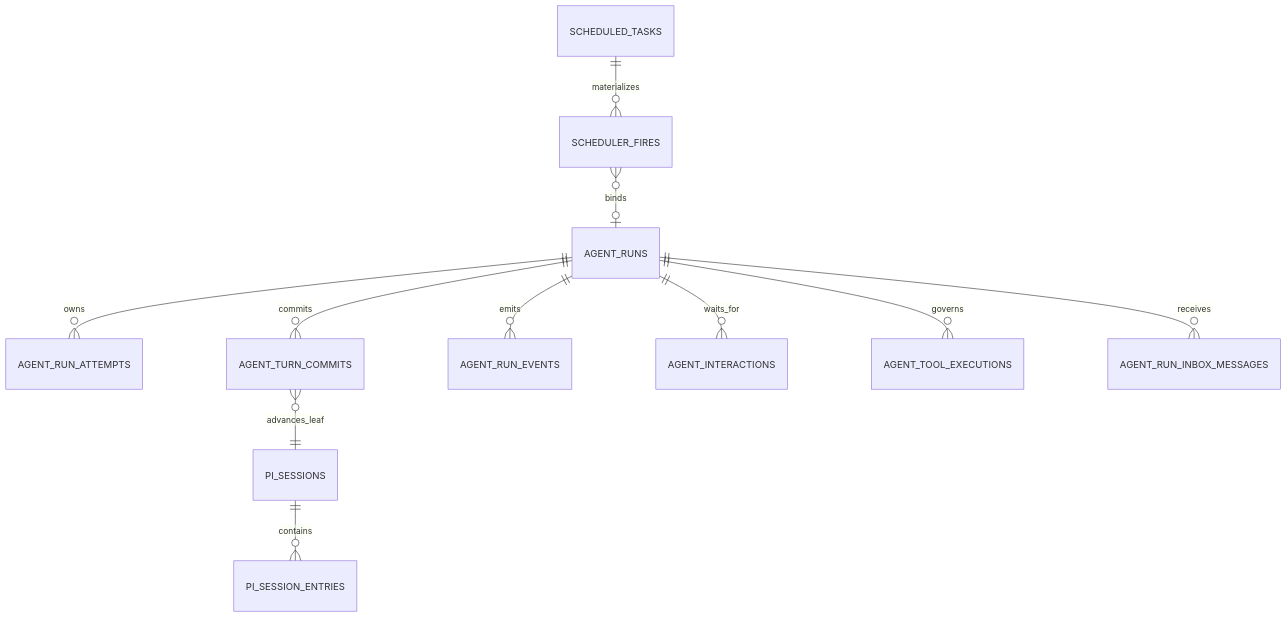
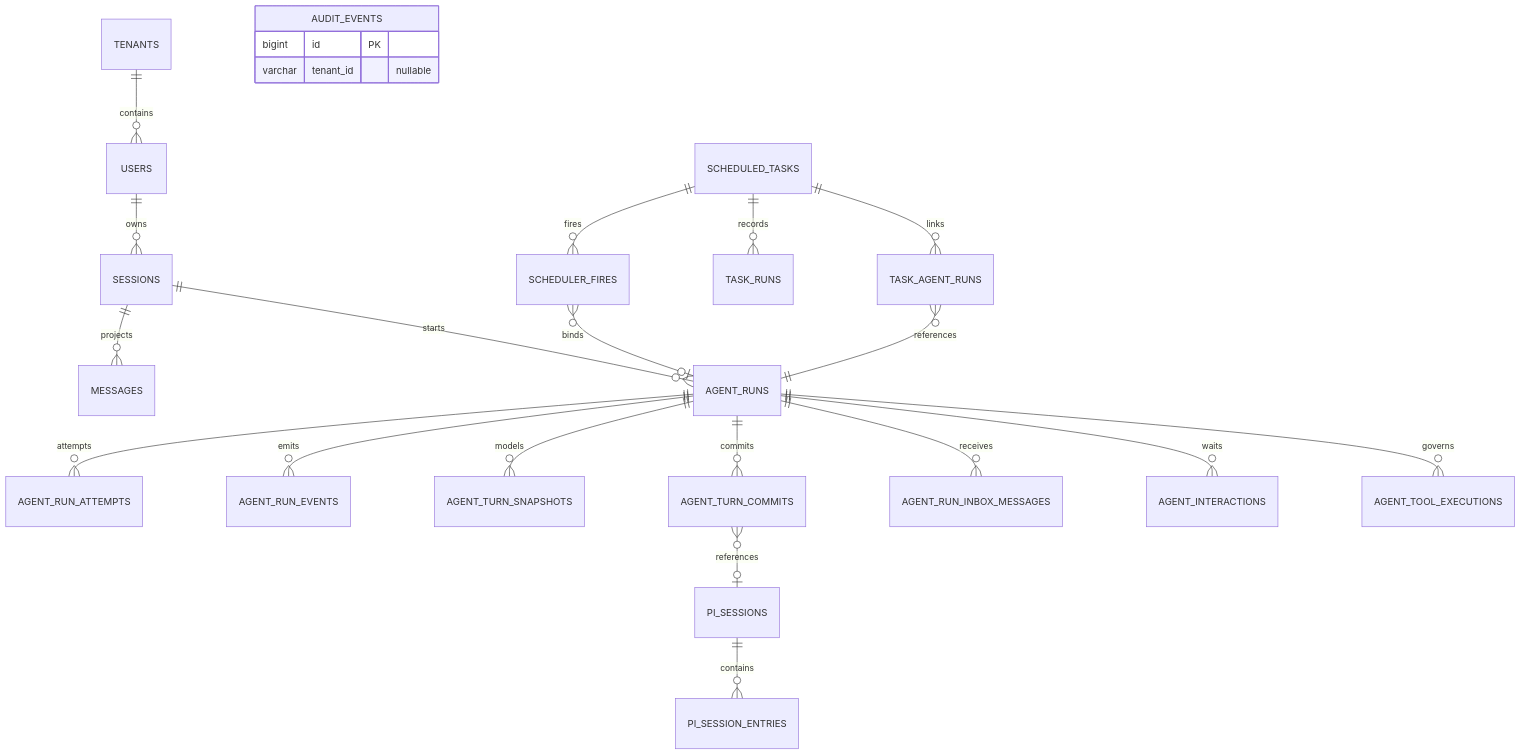
The first of 4 diagrams in docs/design/07-data-and-persistence.md (Wpxknight/agentdemo), drawn with Mermaid before and after one commit. The commit also changed other lines of this file and 30 other files, not shown here.

````diff
--- a/docs/design/07-data-and-persistence.md
+++ b/docs/design/07-data-and-persistence.md
@@ -39,13 +36,29 @@
 ```mermaid
 erDiagram
-  AGENT_RUNS ||--o{ AGENT_RUN_ATTEMPTS : owns
+  TENANTS ||--o{ USERS : contains
+  USERS ||--o{ SESSIONS : owns
+  SESSIONS ||--o{ MESSAGES : projects
+
+  SESSIONS ||--o{ AGENT_RUNS : starts
+  AGENT_RUNS ||--o{ AGENT_RUN_ATTEMPTS : attempts
+  AGENT_RUNS ||--o{ AGENT_RUN_EVENTS : emits
+  AGENT_RUNS ||--o{ AGENT_TURN_SNAPSHOTS : models
   AGENT_RUNS ||--o{ AGENT_TURN_COMMITS : commits
-  AGENT_RUNS ||--o{ AGENT_RUN_EVENTS : emits
-  AGENT_RUNS ||--o{ AGENT_INTERACTIONS : waits_for
+  AGENT_RUNS ||--o{ AGENT_RUN_INBOX_MESSAGES : receives
+  AGENT_RUNS ||--o{ AGENT_INTERACTIONS : waits
   AGENT_RUNS ||--o{ AGENT_TOOL_EXECUTIONS : governs
-  AGENT_RUNS ||--o{ AGENT_RUN_INBOX_MESSAGES : receives
+
   PI_SESSIONS ||--o{ PI_SESSION_ENTRIES : contains
-  AGENT_TURN_COMMITS }o--|| PI_SESSIONS : advances_leaf
-  SCHEDULED_TASKS ||--o{ SCHEDULER_FIRES : materializes
+  AGENT_TURN_COMMITS }o--o| PI_SESSIONS : references
+
+  SCHEDULED_TASKS ||--o{ SCHEDULER_FIRES : fires
+  SCHEDULED_TASKS ||--o{ TASK_RUNS : records
+  SCHEDULED_TASKS ||--o{ TASK_AGENT_RUNS : links
   SCHEDULER_FIRES }o--o| AGENT_RUNS : binds
+  TASK_AGENT_RUNS }o--|| AGENT_RUNS : references
+
+  AUDIT_EVENTS {
+    bigint id PK
+    varchar tenant_id "nullable"
+  }
 ```
````
